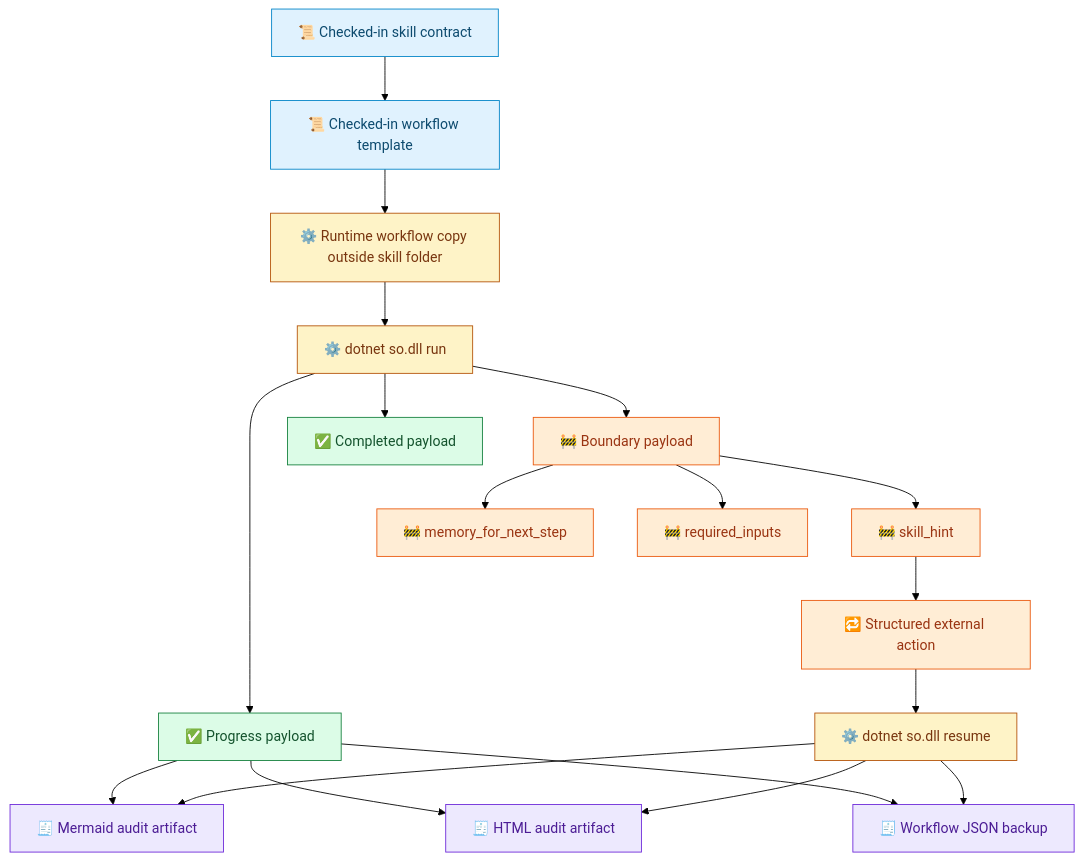
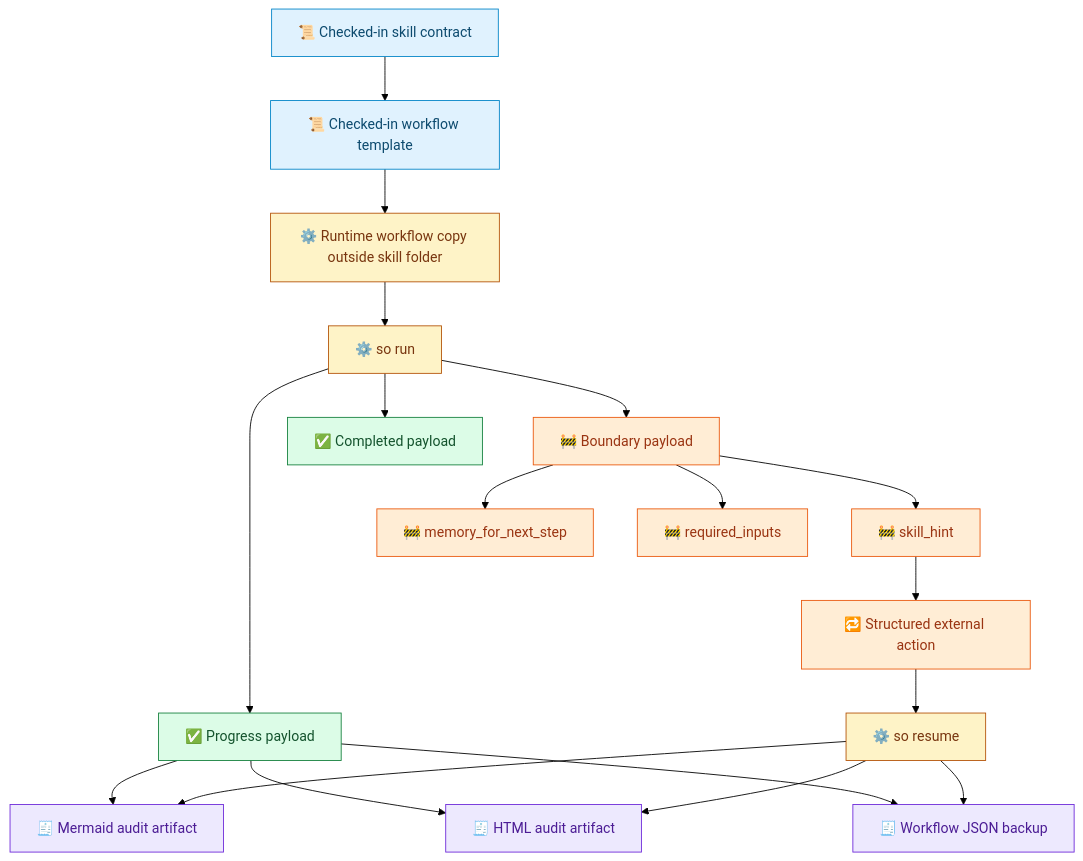
Before and after one commit to waynebaby/Techne-Loom: the second of 2 diagrams in README.md, drawn with Mermaid (forest theme). The commit also changed other lines of this file and 153 other files, not shown here.

````diff
--- a/README.md
+++ b/README.md
@@ -261,34 +264,34 @@
 ```mermaid
 flowchart TD
     A[📜 Checked-in skill contract] --> B[📜 Checked-in workflow template]
     B --> C[⚙️ Runtime workflow copy outside skill folder]
-    C --> D[⚙️ dotnet so.dll run]
+    C --> D[⚙️ so run]
     D --> E[✅ Progress payload]
     D --> F[🚧 Boundary payload]
     D --> G[✅ Completed payload]
     E --> H[🧾 Mermaid audit artifact]
     E --> I[🧾 HTML audit artifact]
     E --> J[🧾 Workflow JSON backup]
     F --> K[🚧 skill_hint]
     F --> L[🚧 memory_for_next_step]
     F --> M[🚧 required_inputs]
     K --> N[🔁 Structured external action]
-    N --> O[⚙️ dotnet so.dll resume]
+    N --> O[⚙️ so resume]
     O --> H
     O --> I
     O --> J
 
     classDef contract fill:#E0F2FE,stroke:#0284C7,color:#0C4A6E;
     classDef runtime fill:#FEF3C7,stroke:#B45309,color:#78350F;
     classDef output fill:#DCFCE7,stroke:#15803D,color:#14532D;
     classDef boundary fill:#FFEDD5,stroke:#EA580C,color:#9A3412;
     classDef audit fill:#EDE9FE,stroke:#6D28D9,color:#4C1D95;
 
     class A,B contract;
     class C,D,O runtime;
     class E,G output;
     class F,K,L,M boundary;
     class H,I,J audit;
 
     class N boundary;
 ```
````
